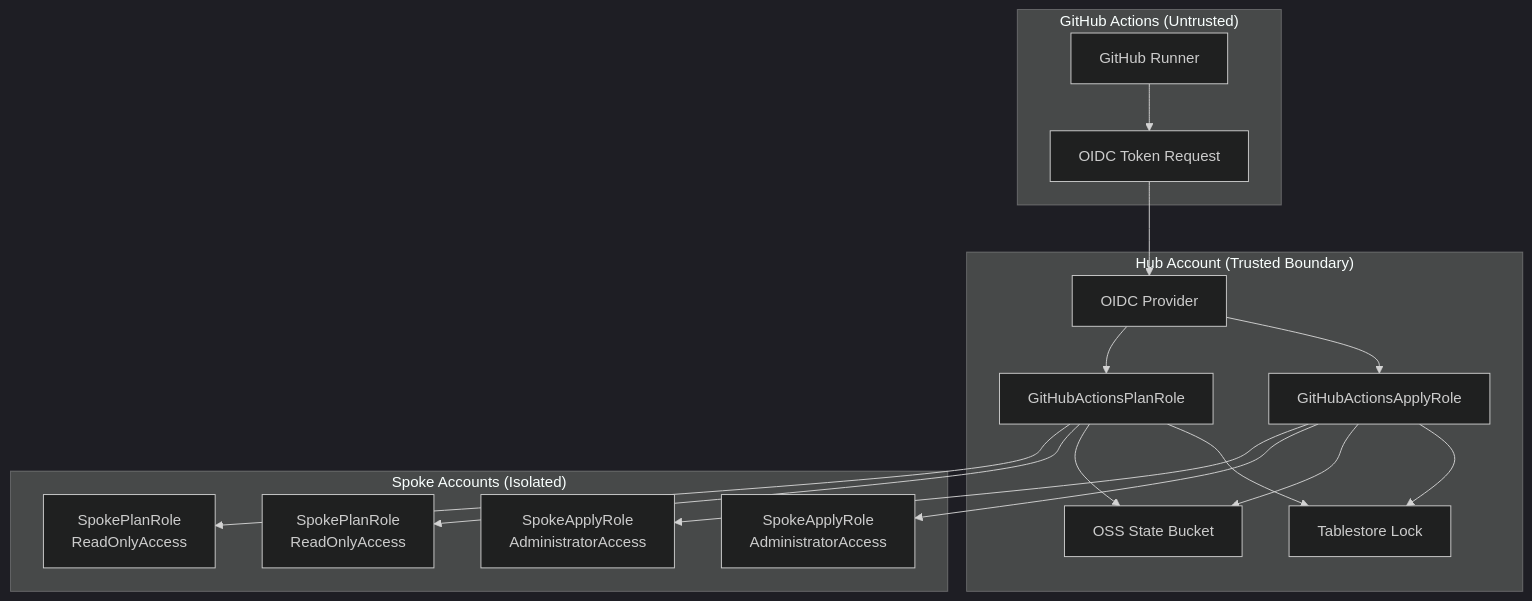
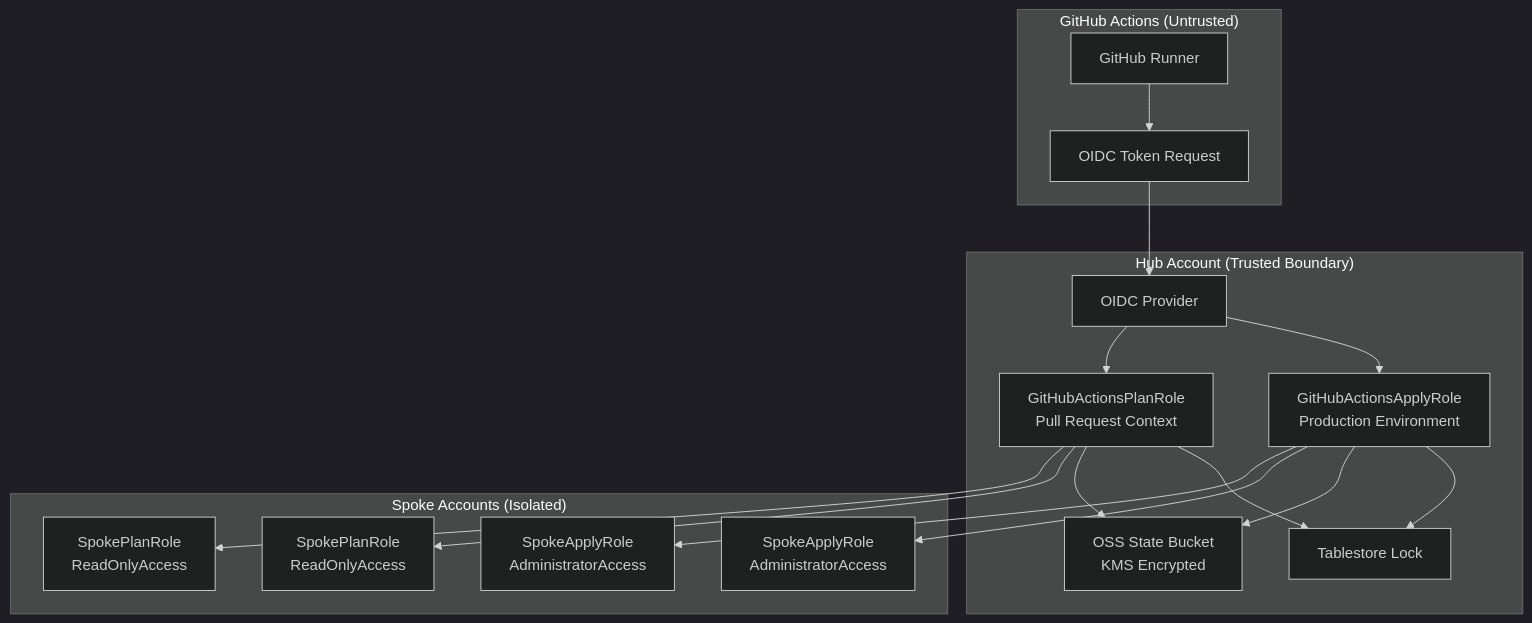
Before and after one commit to AlibabaCloudLandingZone/alibabacloud-landingzone-accelerator-github-demo: the first of 9 diagrams in .qoder/repowiki/en/content/Security Model/Security Model.md, drawn with Mermaid (dark theme). The commit also changed other lines of this file and 34 other files, not shown here.

````diff
--- a/.qoder/repowiki/en/content/Security Model/Security Model.md
+++ b/.qoder/repowiki/en/content/Security Model/Security Model.md
@@ -51,32 +49,32 @@
 ```mermaid
 graph TB
 subgraph "GitHub Actions (Untrusted)"
 GH["GitHub Runner"]
 OIDC["OIDC Token Request"]
 end
 subgraph "Hub Account (Trusted Boundary)"
 OIDCProv["OIDC Provider"]
-HubPlan["GitHubActionsPlanRole"]
-HubApply["GitHubActionsApplyRole"]
-OSS["OSS State Bucket"]
+HubPlan["GitHubActionsPlanRole<br/>Pull Request Context"]
+HubApply["GitHubActionsApplyRole<br/>Production Environment"]
+OSS["OSS State Bucket<br/>KMS Encrypted"]
 OTS["Tablestore Lock"]
 end
 subgraph "Spoke Accounts (Isolated)"
 S1Plan["SpokePlanRole<br/>ReadOnlyAccess"]
 S1Apply["SpokeApplyRole<br/>AdministratorAccess"]
 S2Plan["SpokePlanRole<br/>ReadOnlyAccess"]
 S2Apply["SpokeApplyRole<br/>AdministratorAccess"]
 end
 GH --> OIDC
 OIDC --> OIDCProv
 OIDCProv --> HubPlan
 OIDCProv --> HubApply
 HubPlan --> S1Plan
 HubPlan --> S2Plan
 HubApply --> S1Apply
 HubApply --> S2Apply
 HubPlan --> OSS
 HubPlan --> OTS
 HubApply --> OSS
 HubApply --> OTS
 ```
````
